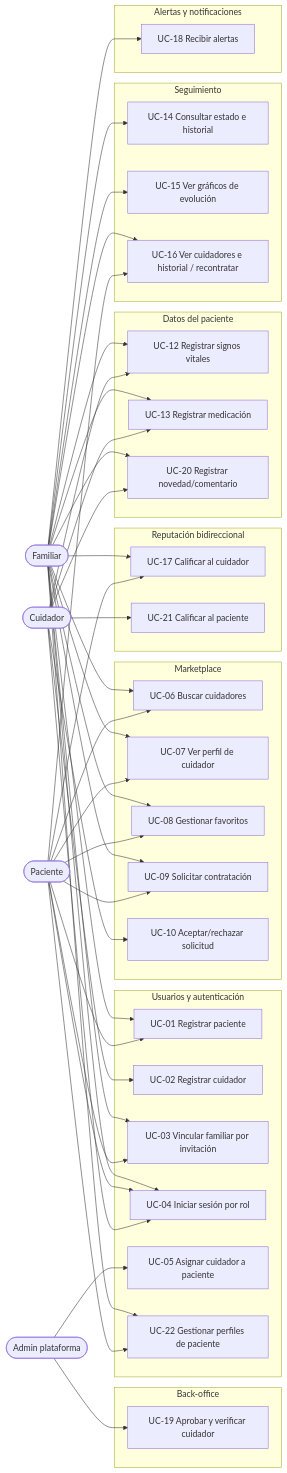
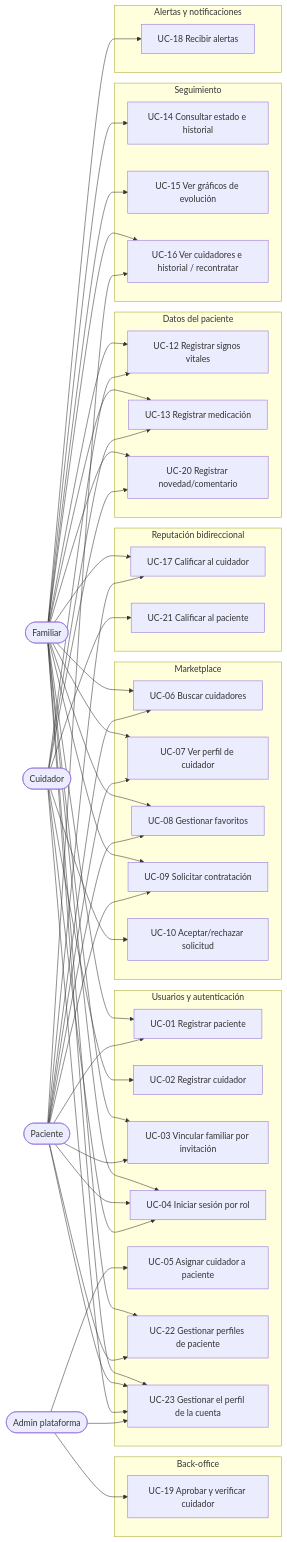
The diagram in Keru-Casos-de-Uso-MVP.md (EugeValeiras/Keru), drawn with Mermaid before and after one commit. The commit also changed other lines of this file, not shown here.

First line of the commit message:
docs(KER-41): UC-23 · gestionar el perfil de la cuenta (avatar + menú + Mi perfil)

````diff
--- a/Keru-Casos-de-Uso-MVP.md
+++ b/Keru-Casos-de-Uso-MVP.md
@@ -34,54 +34,55 @@
 ```mermaid
 flowchart LR
     FAM([Familiar])
     PAC([Paciente])
     CUI([Cuidador])
     ADM([Admin plataforma])
 
     subgraph A[Usuarios y autenticación]
         UC01[UC-01 Registrar paciente]
         UC02[UC-02 Registrar cuidador]
         UC03[UC-03 Vincular familiar por invitación]
         UC04[UC-04 Iniciar sesión por rol]
         UC05[UC-05 Asignar cuidador a paciente]
         UC22[UC-22 Gestionar perfiles de paciente]
+        UC23[UC-23 Gestionar el perfil de la cuenta]
     end
 
     subgraph B[Marketplace]
         UC06[UC-06 Buscar cuidadores]
         UC07[UC-07 Ver perfil de cuidador]
         UC08[UC-08 Gestionar favoritos]
         UC09[UC-09 Solicitar contratación]
         UC10[UC-10 Aceptar/rechazar solicitud]
     end
 
     subgraph D[Datos del paciente]
         UC12[UC-12 Registrar signos vitales]
         UC13[UC-13 Registrar medicación]
         UC20[UC-20 Registrar novedad/comentario]
     end
 
     subgraph E[Seguimiento]
         UC14[UC-14 Consultar estado e historial]
         UC15[UC-15 Ver gráficos de evolución]
         UC16[UC-16 Ver cuidadores e historial / recontratar]
     end
 
     subgraph F[Reputación bidireccional]
         UC17[UC-17 Calificar al cuidador]
         UC21[UC-21 Calificar al paciente]
     end
 
     subgraph G[Alertas y notificaciones]
         UC18[UC-18 Recibir alertas]
     end
 
     subgraph H[Back-office]
         UC19[UC-19 Aprobar y verificar cuidador]
     end
 
-    FAM --> UC01 & UC03 & UC04 & UC06 & UC07 & UC08 & UC09 & UC12 & UC13 & UC14 & UC15 & UC16 & UC17 & UC18 & UC20 & UC22
-    PAC --> UC01 & UC03 & UC04 & UC06 & UC07 & UC08 & UC09 & UC16 & UC17 & UC22
-    CUI --> UC02 & UC04 & UC10 & UC12 & UC13 & UC20 & UC21
-    ADM --> UC05 & UC19
+    FAM --> UC01 & UC03 & UC04 & UC06 & UC07 & UC08 & UC09 & UC12 & UC13 & UC14 & UC15 & UC16 & UC17 & UC18 & UC20 & UC22 & UC23
+    PAC --> UC01 & UC03 & UC04 & UC06 & UC07 & UC08 & UC09 & UC16 & UC17 & UC22 & UC23
+    CUI --> UC02 & UC04 & UC10 & UC12 & UC13 & UC20 & UC21 & UC23
+    ADM --> UC05 & UC19 & UC23
 ```
````
